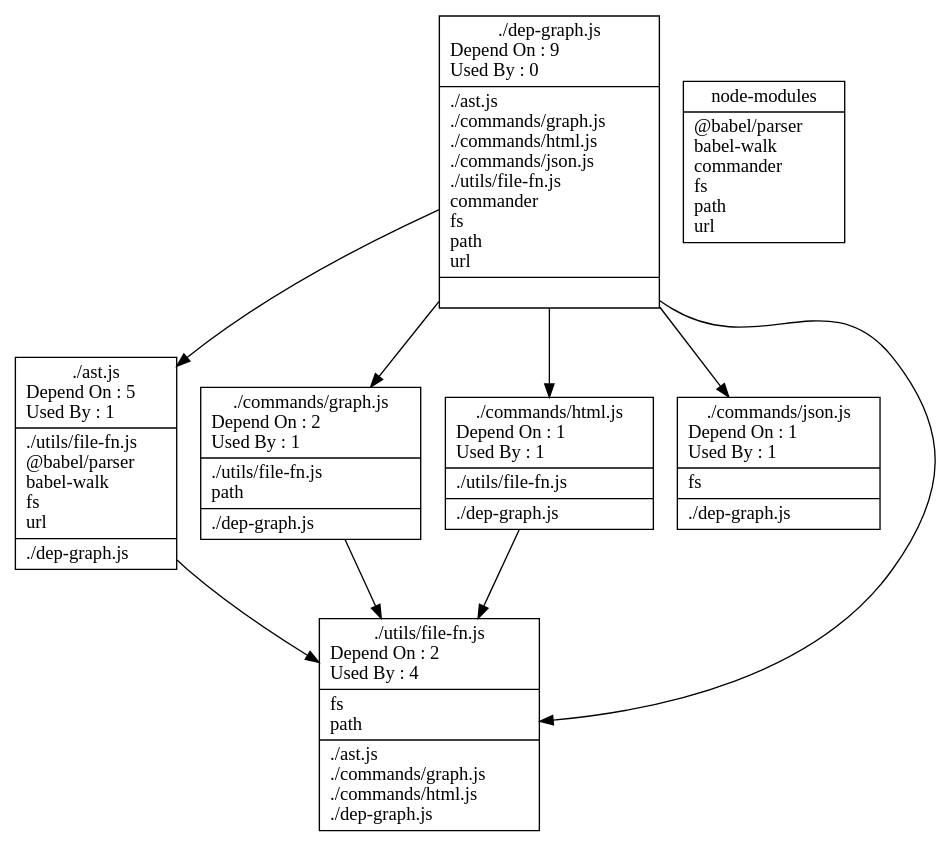
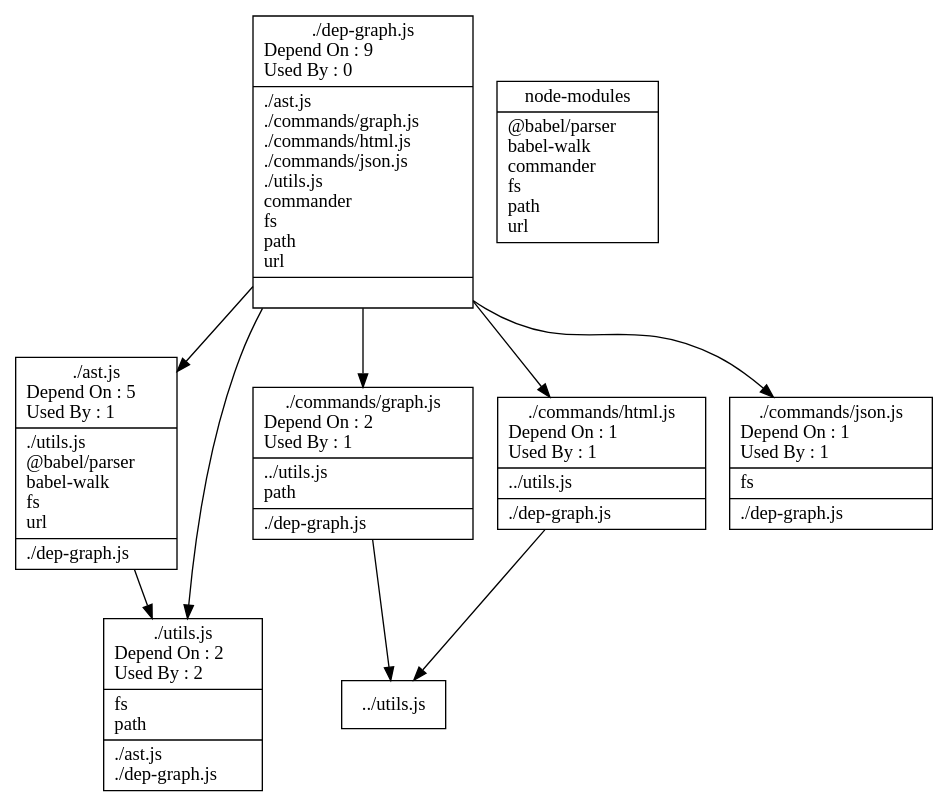
Before and after one commit to fleebe/dep-graph: the diagram in __tests__/out-eg/srcRelations.dot, drawn with Graphviz. The commit also changed 15 other files, not shown here.

```diff
--- a/__tests__/out-eg/srcRelations.dot
+++ b/__tests__/out-eg/srcRelations.dot
@@ -1,89 +1,87 @@
 digraph {
 node [shape=record];
 "./ast.js" [label="{ ./ast.js\n
 Depend On : 5\l
 Used By : 1\l
 |
-		./utils/file-fn.js\l
+		./utils.js\l
 		@babel/parser\l
 		babel-walk\l
 		fs\l
 		url\l
 |
 		./dep-graph.js\l
 }"];
 
 "./dep-graph.js" [label="{ ./dep-graph.js\n
 Depend On : 9\l
 Used By : 0\l
 |
 		./ast.js\l
 		./commands/graph.js\l
 		./commands/html.js\l
 		./commands/json.js\l
-		./utils/file-fn.js\l
+		./utils.js\l
 		commander\l
 		fs\l
 		path\l
 		url\l
 |
 }"];
 
+"./utils.js" [label="{ ./utils.js\n
+Depend On : 2\l
+Used By : 2\l
+|
+		fs\l
+		path\l
+|
+		./ast.js\l
+		./dep-graph.js\l
+}"];
+
 "./commands/graph.js" [label="{ ./commands/graph.js\n
 Depend On : 2\l
 Used By : 1\l
 |
-		./utils/file-fn.js\l
+		../utils.js\l
 		path\l
 |
 		./dep-graph.js\l
 }"];
 
 "./commands/html.js" [label="{ ./commands/html.js\n
 Depend On : 1\l
 Used By : 1\l
 |
-		./utils/file-fn.js\l
+		../utils.js\l
 |
 		./dep-graph.js\l
 }"];
 
 "./commands/json.js" [label="{ ./commands/json.js\n
 Depend On : 1\l
 Used By : 1\l
 |
 		fs\l
 |
 		./dep-graph.js\l
 }"];
 
-"./utils/file-fn.js" [label="{ ./utils/file-fn.js\n
-Depend On : 2\l
-Used By : 4\l
-|
-		fs\l
-		path\l
-|
-		./ast.js\l
-		./commands/graph.js\l
-		./commands/html.js\l
-		./dep-graph.js\l
-}"];
-
 "node-modules" [label="{node-modules\n | 
  		@babel/parser\l
 		babel-walk\l
 		commander\l
 		fs\l
 		path\l
 		url\l
 }"];
-"./ast.js"->"./utils/file-fn.js"
+"./ast.js"->"./utils.js"
 "./dep-graph.js"->"./ast.js"
 "./dep-graph.js"->"./commands/graph.js"
 "./dep-graph.js"->"./commands/html.js"
 "./dep-graph.js"->"./commands/json.js"
-"./dep-graph.js"->"./utils/file-fn.js"
-"./commands/graph.js"->"./utils/file-fn.js"
-"./commands/html.js"->"./utils/file-fn.js"
+"./dep-graph.js"->"./utils.js"
+"./commands/graph.js"->"../utils.js"
+"./commands/html.js"->"../utils.js"
 }
```
